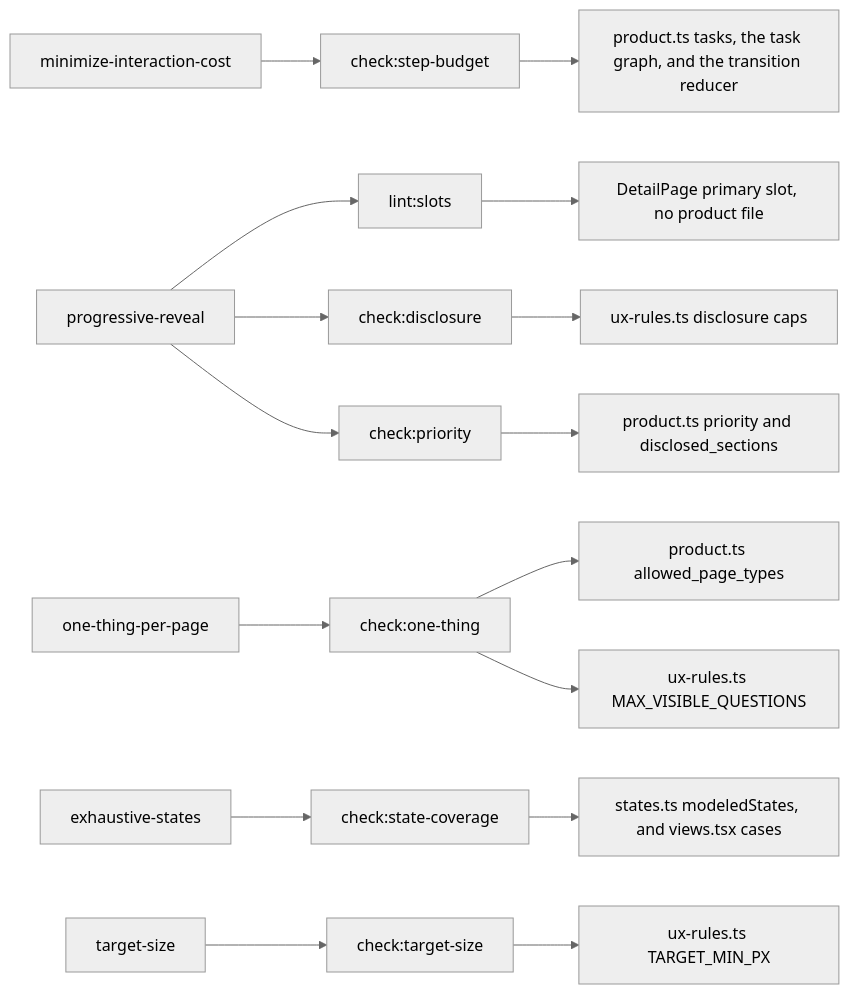
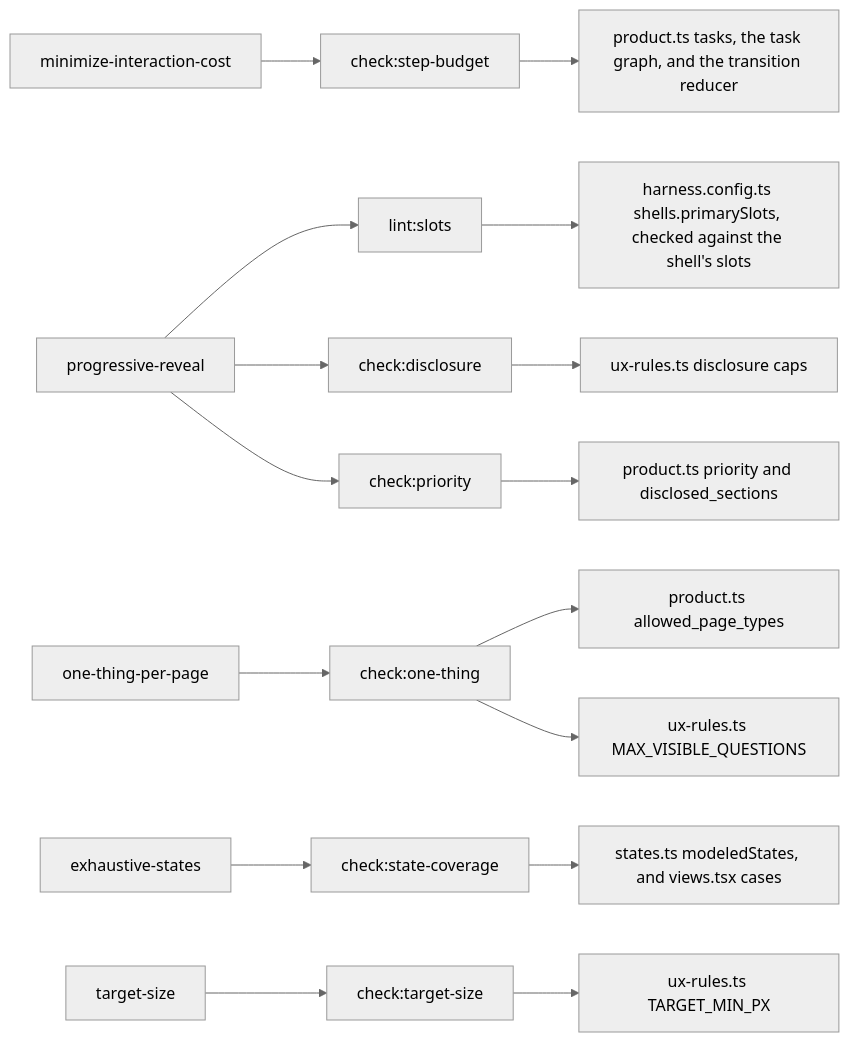
One commit to tounsoo/agent-design-loop changed the second of 7 diagrams in packages/harness/docs/how-it-works.md. Above: the diagram before and after it, drawn with Mermaid (neutral theme). The commit also changed other lines of this file and 66 other files, not shown here.

````diff
--- a/packages/harness/docs/how-it-works.md
+++ b/packages/harness/docs/how-it-works.md
@@ -45,18 +45,18 @@
 ```mermaid
 flowchart LR
   cost["minimize-interaction-cost"] --> budget["check:step-budget"]
   budget --> tasks["product.ts tasks, the task graph, and the transition reducer"]
   reveal["progressive-reveal"] --> slots["lint:slots"]
   reveal --> disclosure["check:disclosure"]
   reveal --> priorityCheck["check:priority"]
-  slots --> slotFile["DetailPage primary slot, no product file"]
+  slots --> slotFile["harness.config.ts shells.primarySlots, checked against the shell's slots"]
   disclosure --> caps["ux-rules.ts disclosure caps"]
   priorityCheck --> ranks["product.ts priority and disclosed_sections"]
   one["one-thing-per-page"] --> oneCheck["check:one-thing"]
   oneCheck --> pageList["product.ts allowed_page_types"]
   oneCheck --> visible["ux-rules.ts MAX_VISIBLE_QUESTIONS"]
   statesRule["exhaustive-states"] --> coverage["check:state-coverage"]
   coverage --> modeled["states.ts modeledStates, and views.tsx cases"]
   size["target-size"] --> target["check:target-size"]
   target --> floor["ux-rules.ts TARGET_MIN_PX"]
 ```
````
